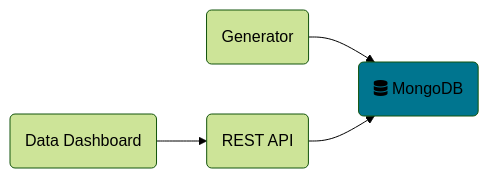
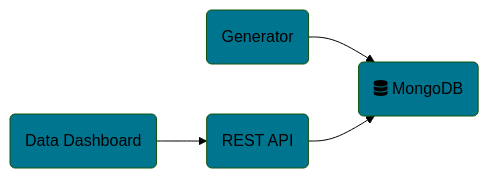
The diagram in docs/MERMAID.md (rcbop/python-timeseries-exercise), drawn with Mermaid before and after one commit. The commit also changed other lines of this file and 23 other files, not shown here.

````diff
--- a/docs/MERMAID.md
+++ b/docs/MERMAID.md
@@ -6,13 +7,16 @@
 ```mermaid
-%%{init: {'theme':'forest'}}%%
+%%{init: {'theme': 'forest' }}%%
 graph LR
   data-generator(<font color=black>Generator)
   mongodb(<font color=black>fa:fa-database MongoDB)
   data-api(<font color=black> REST API)
   data-dashboard(<font color=black> Data Dashboard)
 
   data-generator-->mongodb
   data-api-->mongodb
   data-dashboard-->data-api
   style mongodb fill:#00758f
+  style data-generator fill:#00758f
+  style data-api fill:#00758f
+  style data-dashboard fill:#00758f
 ```
````
